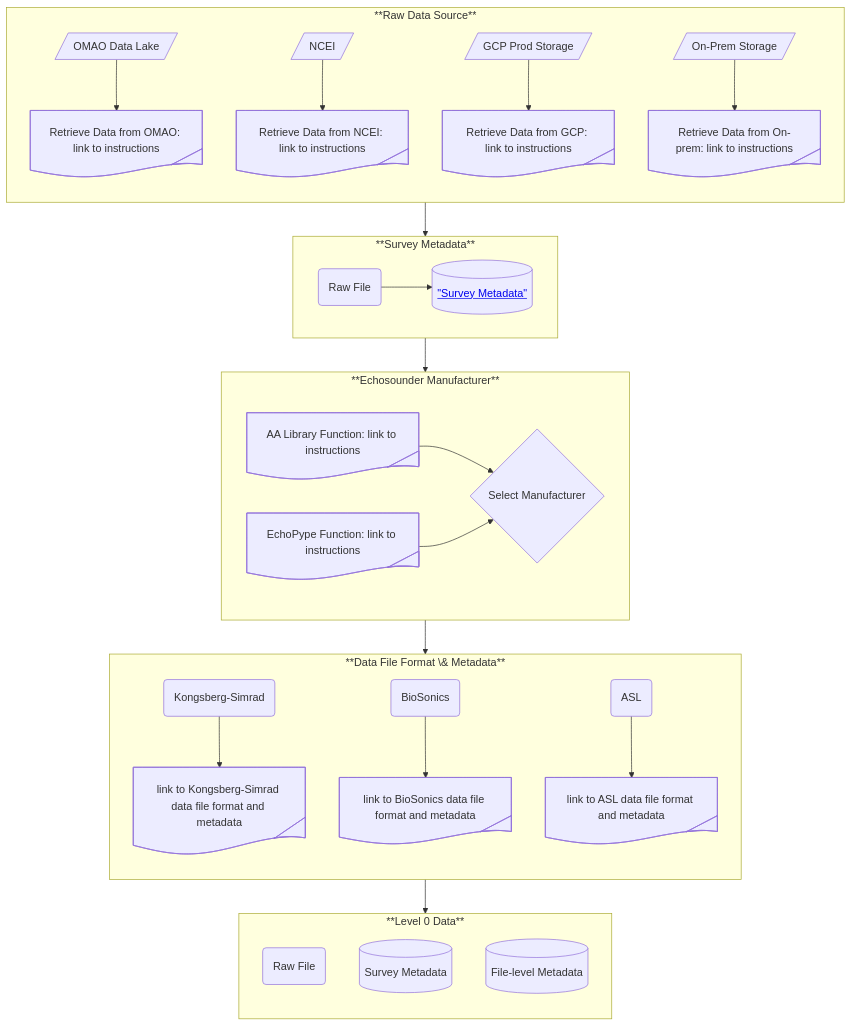
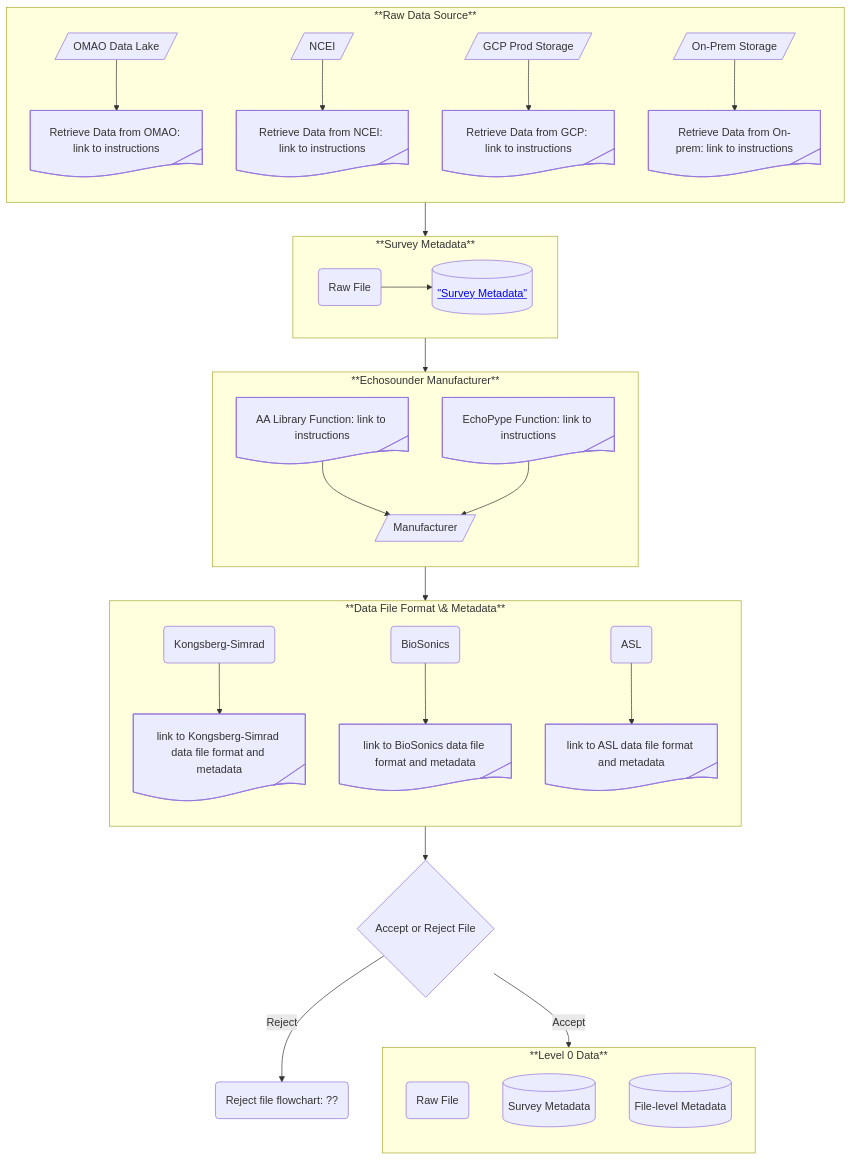
The first of 2 diagrams in README.md (nmfs-ost/AA-SI_DataRoadMap), drawn with Mermaid before and after one commit. The commit also changed other lines of this file, not shown here.

First line of the commit message:
edit L0 text and schematic

````diff
--- a/README.md
+++ b/README.md
@@ -44,35 +44,37 @@
 ```mermaid
 flowchart TB
     subgraph SG_DataSource["**Raw Data Source**"]
         direction TB
         node_SrcOMAO@{shape: lean-r, label: "OMAO Data Lake"} --> node_OMAO@{ shape: tag-doc, label: "Retrieve Data from OMAO: link to instructions" }
         node_SrcNCEI@{shape: lean-r, label: "NCEI"} --> node_NCEI@{ shape: tag-doc, label: "Retrieve Data from NCEI: link to instructions" }
         node_SrcGCP@{shape: lean-r, label: "GCP Prod Storage"} --> node_GCP@{ shape: tag-doc, label: "Retrieve Data from GCP: link to instructions" }
         node_SrcOP@{shape: lean-r, label: "On-Prem Storage"} --> node_OP@{ shape: tag-doc, label: "Retrieve Data from On-prem: link to instructions" }
     end
     subgraph SG_SurveyMetaData["**Survey Metadata**"]
         direction LR
         node_RF@{ shape: rounded, label: "Raw File" } --> node_SMD@{ shape: database, label: <a href="https://github.com/nmfs-ost/AA-SI_metadata"> "Survey Metadata"</a> }
     end
     subgraph SG_ESManufacturer["**Echosounder Manufacturer**"]
-        direction LR
-        node_AL1@{shape: tag-doc, label: "AA Library Function: link to instructions"} --> node_Man@{ shape: diamond, label: "Select Manufacturer" }
+        direction TB
+        node_AL1@{shape: tag-doc, label: "AA Library Function: link to instructions"} --> node_Man@{ shape: lean-r, label: "Manufacturer" }
         node_AL2@{shape: tag-doc, label: "EchoPype Function: link to instructions"} --> node_Man
     end
     subgraph SG_ESMetaData["**Data File Format \& Metadata**"]
         direction TB
         node_KS@{ shape: rounded, label: "Kongsberg-Simrad" } --> node_KSMD@{ shape: tag-doc, label: "link to Kongsberg-Simrad data file format and metadata" }
         node_BS@{ shape: rounded, label: "BioSonics" } --> node_BSMD@{ shape: tag-doc, label: "link to BioSonics data file format and metadata" }
         node_ASL@{ shape: rounded, label: "ASL" } --> node_ASLMD@{ shape: tag-doc, label: "link to ASL data file format and metadata" }
     end
     subgraph SG_L0Data["**Level 0 Data**"]
         direction TB
         node_L0RD@{ shape: rounded, label: "Raw File" }
         node_L0SMD@{ shape: database, label: "Survey Metadata" }
         node_RFMD@{ shape: database, label: "File-level Metadata" }
     end
     SG_DataSource --> SG_SurveyMetaData
     SG_SurveyMetaData --> SG_ESManufacturer
     SG_ESManufacturer --> SG_ESMetaData
-    SG_ESMetaData --> SG_L0Data
+    SG_ESMetaData --> node_AcceptReject@{ shape: diamond, label: "Accept or Reject File" }
+    node_AcceptReject --> |Accept| SG_L0Data
+    node_AcceptReject --> |Reject| node_Reject@{ shape: rounded, label: "Reject file flowchart: ??" }
 ```
````
